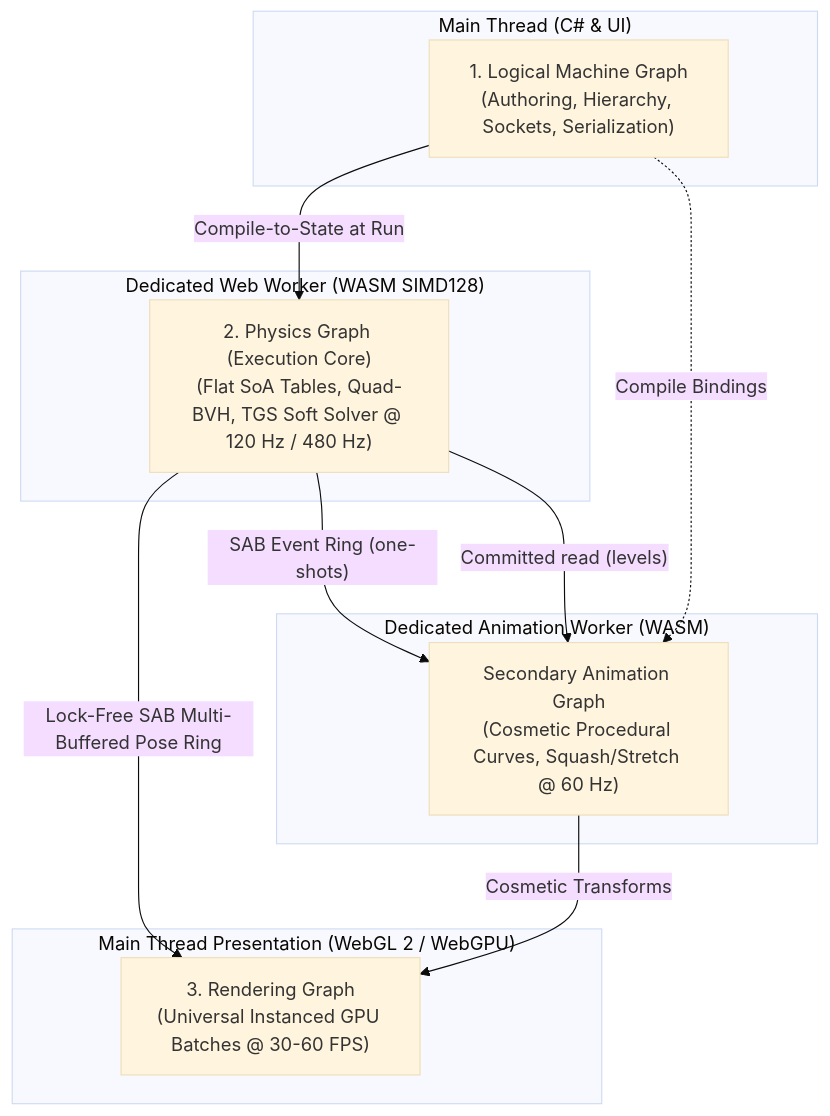
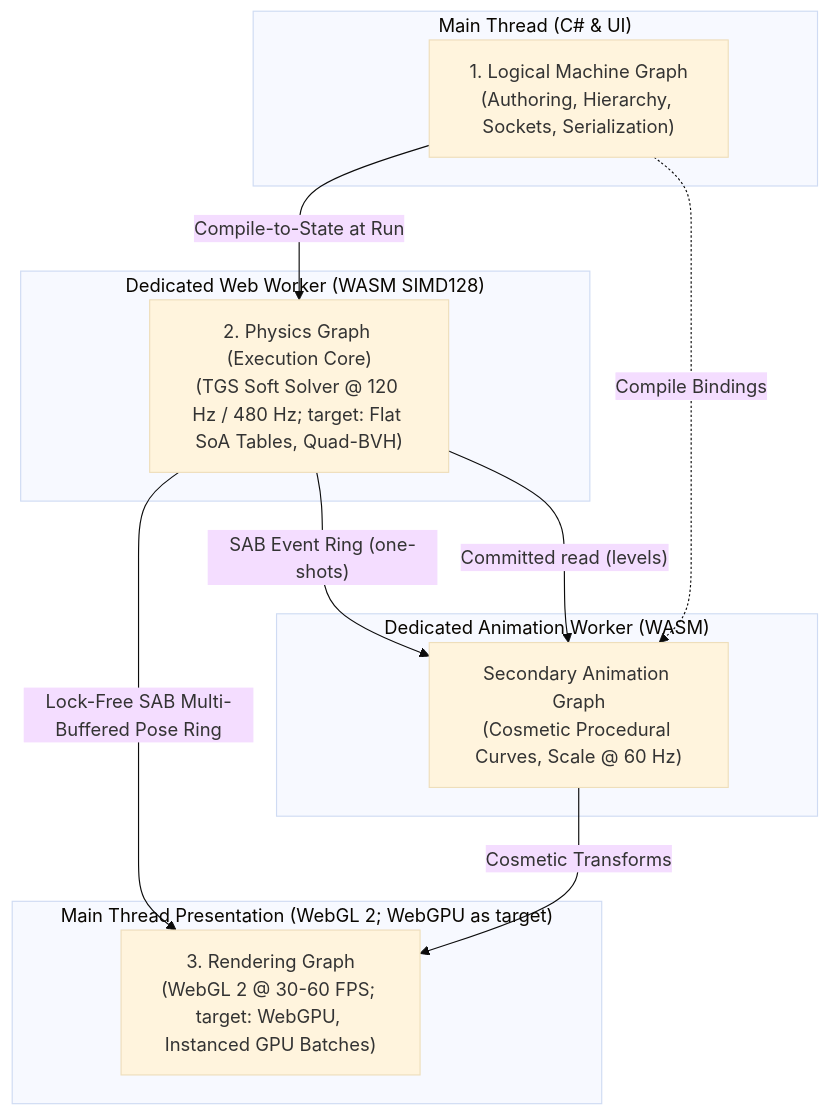
Before and after one commit to aidanmorgan/tim: the diagram in _bmad-output/planning-artifacts/architecture.md, drawn with Mermaid (base theme). The commit also changed other lines of this file and 27 other files, not shown here.

````diff
--- a/_bmad-output/planning-artifacts/architecture.md
+++ b/_bmad-output/planning-artifacts/architecture.md
@@ -36,25 +36,25 @@
 ```mermaid
 flowchart TD
     subgraph UI ["Main Thread (C# & UI)"]
         MG["1. Logical Machine Graph<br/>(Authoring, Hierarchy, Sockets, Serialization)"]
     end
 
     subgraph WORKER_SIM ["Dedicated Web Worker (WASM SIMD128)"]
-        PG["2. Physics Graph (Execution Core)<br/>(Flat SoA Tables, Quad-BVH, TGS Soft Solver @ 120 Hz / 480 Hz)"]
+        PG["2. Physics Graph (Execution Core)<br/>(TGS Soft Solver @ 120 Hz / 480 Hz; target: Flat SoA Tables, Quad-BVH)"]
     end
 
     subgraph WORKER_ANIM ["Dedicated Animation Worker (WASM)"]
-        AG["Secondary Animation Graph<br/>(Cosmetic Procedural Curves, Squash/Stretch @ 60 Hz)"]
+        AG["Secondary Animation Graph<br/>(Cosmetic Procedural Curves, Scale @ 60 Hz)"]
     end
 
-    subgraph PRESENTATION ["Main Thread Presentation (WebGL 2 / WebGPU)"]
-        RG["3. Rendering Graph<br/>(Universal Instanced GPU Batches @ 30-60 FPS)"]
+    subgraph PRESENTATION ["Main Thread Presentation (WebGL 2; WebGPU as target)"]
+        RG["3. Rendering Graph<br/>(WebGL 2 @ 30-60 FPS; target: WebGPU, Instanced GPU Batches)"]
     end
 
     MG -->|"Compile-to-State at Run"| PG
     MG -.->|"Compile Bindings"| AG
     PG -->|"Lock-Free SAB Multi-Buffered Pose Ring"| RG
     PG -->|"SAB Event Ring (one-shots)"| AG
     PG -->|"Committed read (levels)"| AG
     AG -->|"Cosmetic Transforms"| RG
 ```
````
